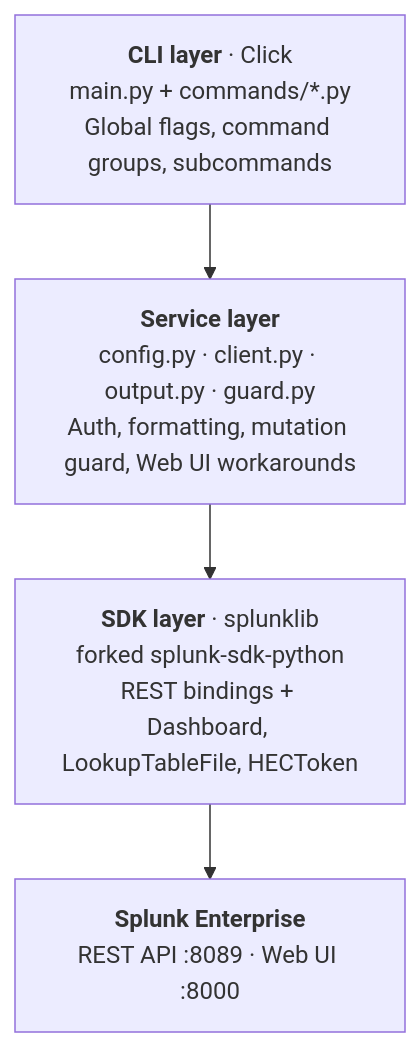
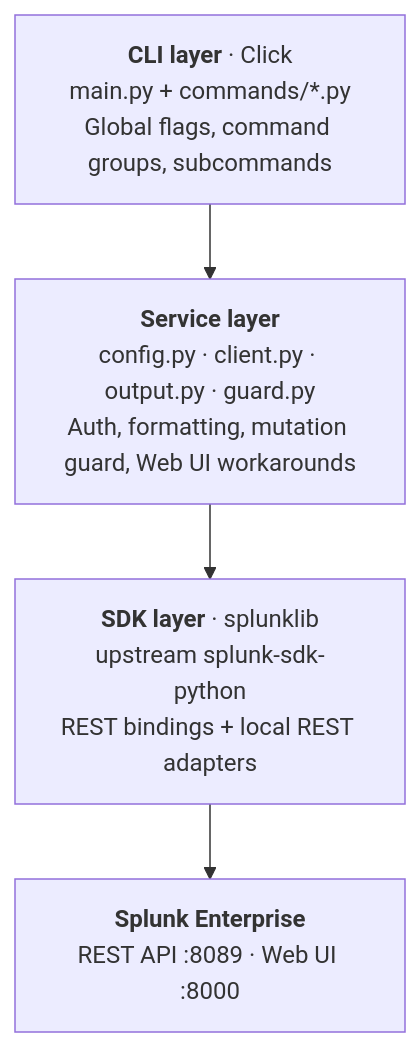
One commit to dannyota/splunkctl changed the first of 2 diagrams in docs/design/architecture.md. Above: the diagram before and after it, drawn with Mermaid. The commit also changed other lines of this file and 18 other files, not shown here.

First line of the commit message:
feat: drop the SDK fork requirement for dashboards, lookup files, and HEC tokens

````diff
--- a/docs/design/architecture.md
+++ b/docs/design/architecture.md
@@ -9,8 +9,8 @@
 ```mermaid
 flowchart TD
   CLI["<b>CLI layer</b> · Click<br/>main.py + commands/*.py<br/>Global flags, command groups, subcommands"]
   SVC["<b>Service layer</b><br/>config.py · client.py · output.py · guard.py<br/>Auth, formatting, mutation guard, Web UI workarounds"]
-  SDK["<b>SDK layer</b> · splunklib<br/>forked splunk-sdk-python<br/>REST bindings + Dashboard, LookupTableFile, HECToken"]
+  SDK["<b>SDK layer</b> · splunklib<br/>upstream splunk-sdk-python<br/>REST bindings + local REST adapters"]
   API["<b>Splunk Enterprise</b><br/>REST API :8089 · Web UI :8000"]
   CLI --> SVC --> SDK --> API
 ```
````
